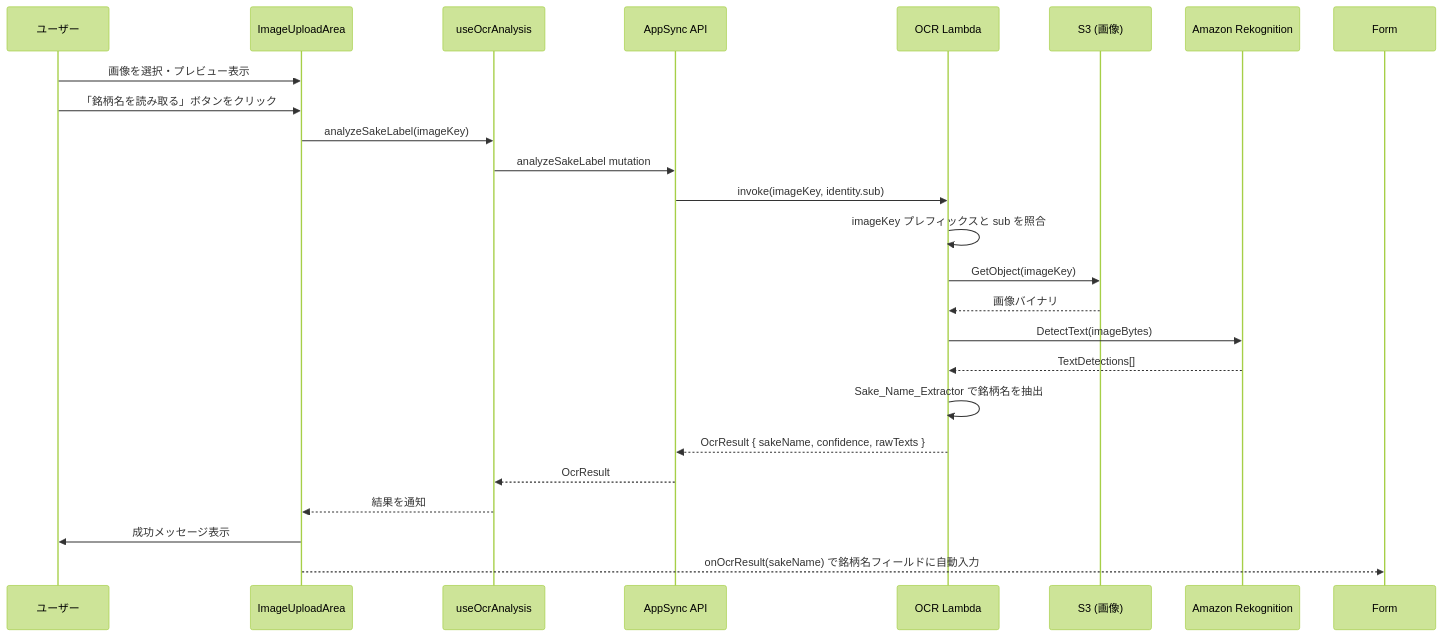
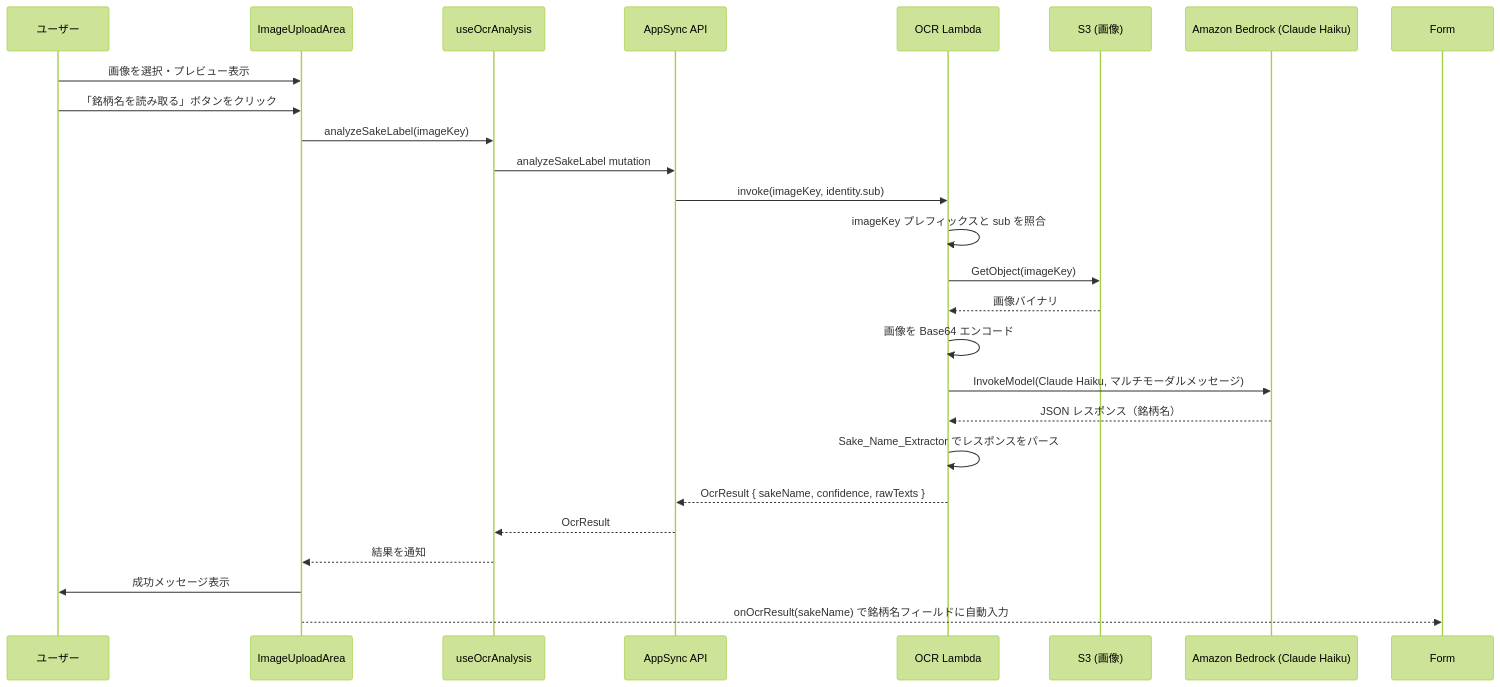
The first of 2 diagrams in .kiro/specs/ai-ocr-sake-name/design.md (yuuuuuuu168/sakekasu-builder), drawn with Mermaid (forest theme) before and after one commit. The commit also changed other lines of this file and 4 other files, not shown here.

````diff
--- a/.kiro/specs/ai-ocr-sake-name/design.md
+++ b/.kiro/specs/ai-ocr-sake-name/design.md
@@ -18,27 +20,28 @@
 ```mermaid
 sequenceDiagram
     participant User as ユーザー
     participant UI as ImageUploadArea
     participant Hook as useOcrAnalysis
     participant AppSync as AppSync API
     participant Lambda as OCR Lambda
     participant S3 as S3 (画像)
-    participant Rekognition as Amazon Rekognition
+    participant Bedrock as Amazon Bedrock (Claude Haiku)
 
     User->>UI: 画像を選択・プレビュー表示
     User->>UI: 「銘柄名を読み取る」ボタンをクリック
     UI->>Hook: analyzeSakeLabel(imageKey)
     Hook->>AppSync: analyzeSakeLabel mutation
     AppSync->>Lambda: invoke(imageKey, identity.sub)
     Lambda->>Lambda: imageKey プレフィックスと sub を照合
     Lambda->>S3: GetObject(imageKey)
     S3-->>Lambda: 画像バイナリ
-    Lambda->>Rekognition: DetectText(imageBytes)
-    Rekognition-->>Lambda: TextDetections[]
-    Lambda->>Lambda: Sake_Name_Extractor で銘柄名を抽出
+    Lambda->>Lambda: 画像を Base64 エンコード
+    Lambda->>Bedrock: InvokeModel(Claude Haiku, マルチモーダルメッセージ)
+    Bedrock-->>Lambda: JSON レスポンス（銘柄名）
+    Lambda->>Lambda: Sake_Name_Extractor でレスポンスをパース
     Lambda-->>AppSync: OcrResult { sakeName, confidence, rawTexts }
     AppSync-->>Hook: OcrResult
     Hook-->>UI: 結果を通知
     UI->>User: 成功メッセージ表示
     UI-->>Form: onOcrResult(sakeName) で銘柄名フィールドに自動入力
 ```
````
